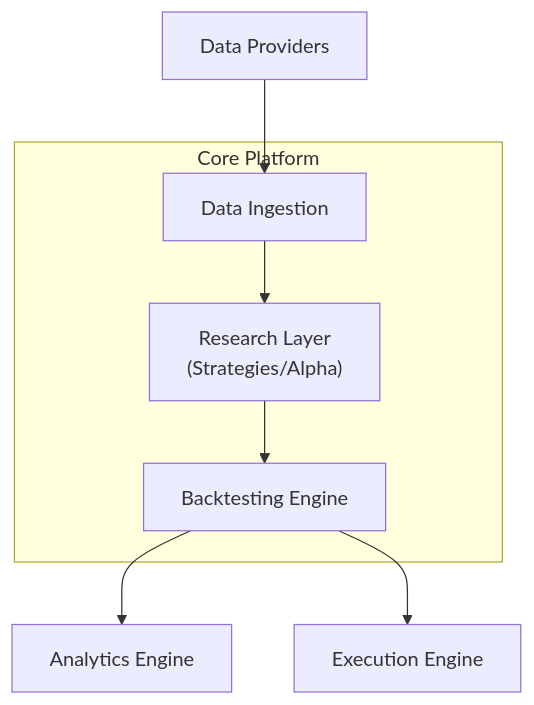
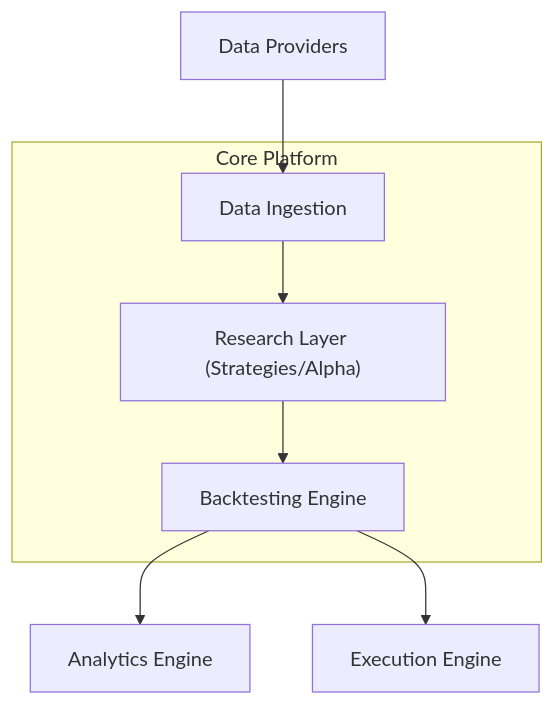
The diagram in README.md (yamkela-macwili/quant-data-platform), drawn with Mermaid before and after one commit. The commit also changed other lines of this file and 2 other files, not shown here.

````diff
--- a/README.md
+++ b/README.md
@@ -85,19 +119,19 @@
 ```mermaid
 flowchart TD
     A[Data Providers]
     B[Data Ingestion]
-    C["Research Layer<br/>(Strategies/Alpha)"]
+    C["Research Layer (Strategies/Alpha)"]
     D[Backtesting Engine]
     E[Analytics Engine]
     F[Execution Engine]
 
     A --> B --> C --> D
     D --> E
     D --> F
 
     subgraph Core Platform
         B
         C
         D
     end
 ```
````
